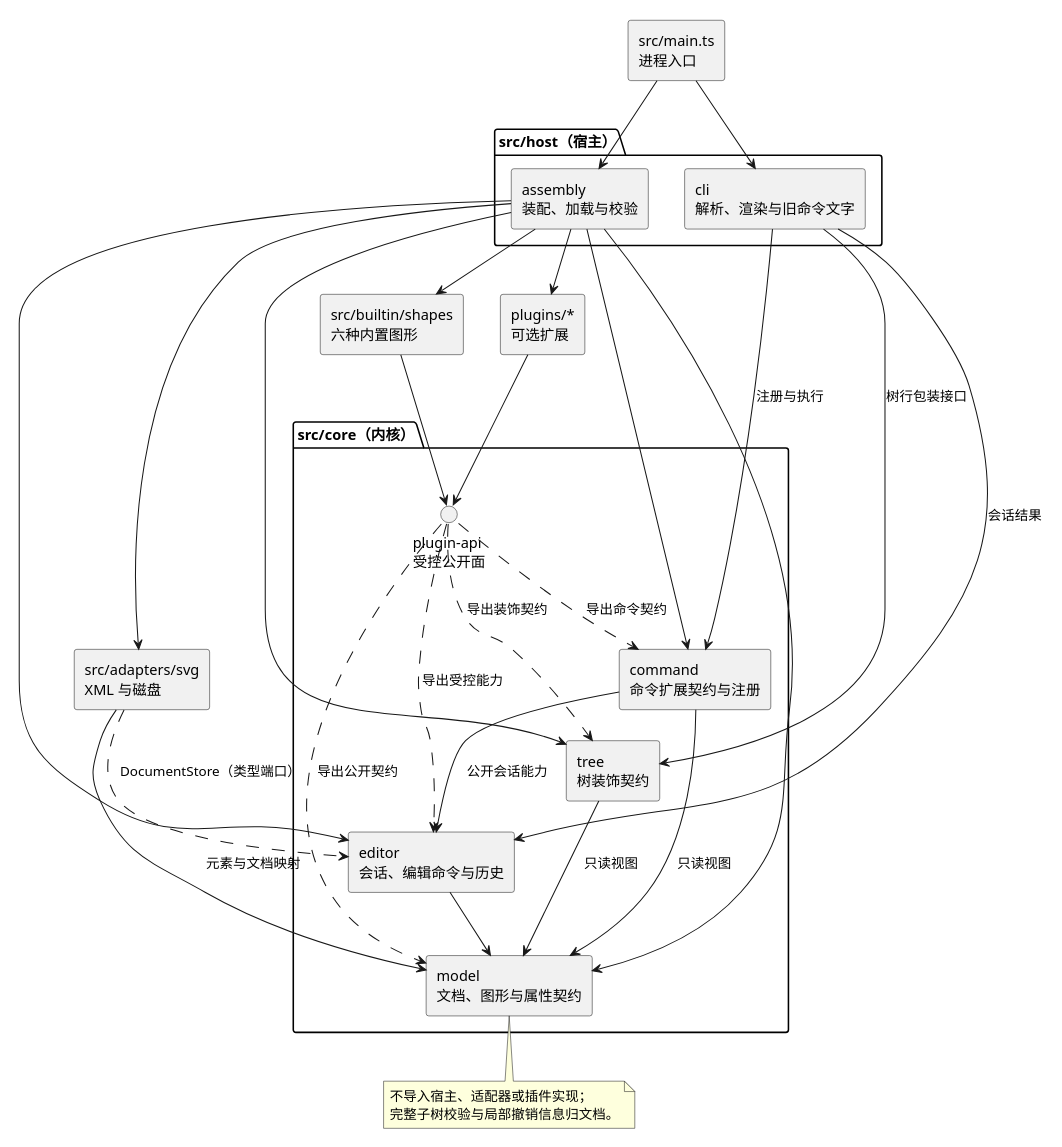
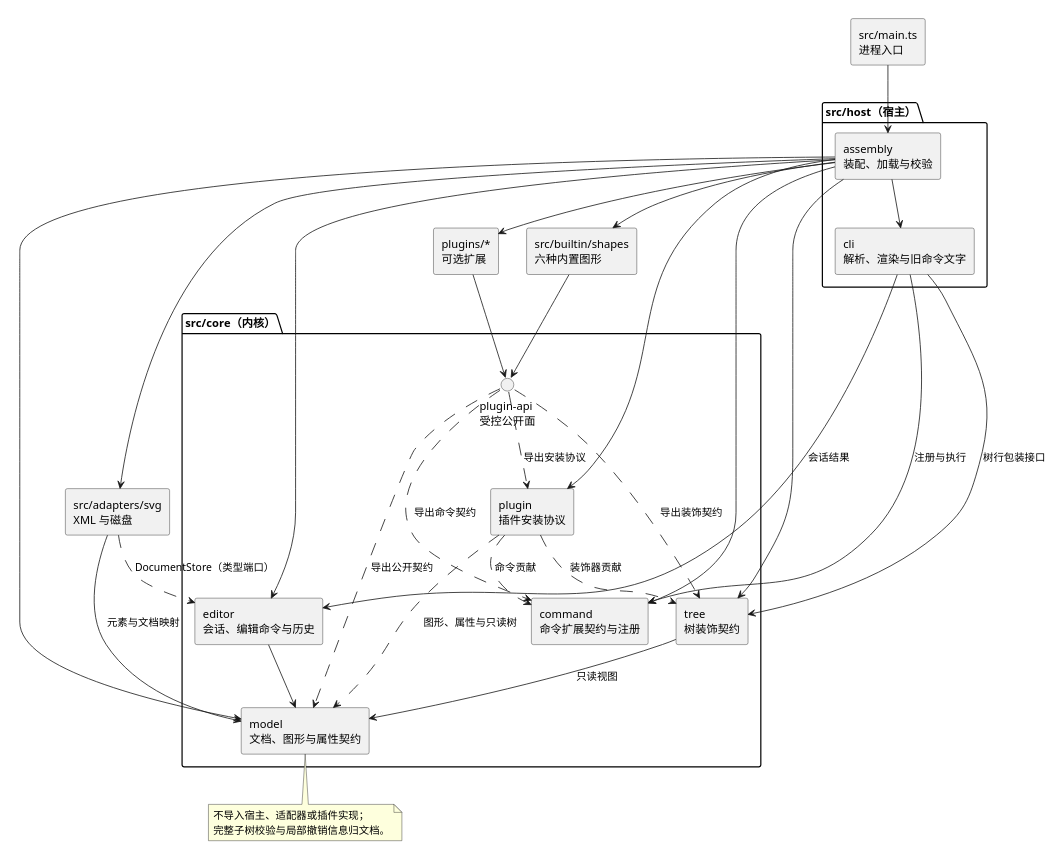
Before and after one commit to Nianle-Li/soft-design-proj: the diagram in doc/phase2/architecture-after.plantuml, drawn with PlantUML. The commit also changed 19 other files, not shown here.

```diff
--- a/doc/phase2/architecture-after.plantuml
+++ b/doc/phase2/architecture-after.plantuml
@@ -1,52 +1,55 @@
 @startuml
 scale 560 width
 skinparam componentStyle rectangle
 
 package "src/core（内核）" {
   component "model\n文档、图形与属性契约" as model
   component "editor\n会话、编辑命令与历史" as editor
   component "command\n命令扩展契约与注册" as command
   component "tree\n树装饰契约" as tree
+  component "plugin\n插件安装协议" as plugin
   interface "plugin-api\n受控公开面" as api
 }
 
 package "src/host（宿主）" {
   component "cli\n解析、渲染与旧命令文字" as cli
   component "assembly\n装配、加载与校验" as assembly
 }
 
 component "src/adapters/svg\nXML 与磁盘" as svg
 component "src/builtin/shapes\n六种内置图形" as builtin
 component "plugins/*\n可选扩展" as plugins
 component "src/main.ts\n进程入口" as main
 
 editor --> model
-command --> editor : 公开会话能力
-command --> model : 只读视图
 tree --> model : 只读视图
+plugin ..> model : 图形、属性与只读树
+plugin ..> command : 命令贡献
+plugin ..> tree : 装饰器贡献
 api ..> model : 导出公开契约
-api ..> editor : 导出受控能力
 api ..> command : 导出命令契约
 api ..> tree : 导出装饰契约
+api ..> plugin : 导出安装协议
 cli --> command : 注册与执行
 cli --> editor : 会话结果
 cli --> tree : 树行包装接口
 svg --> model : 元素与文档映射
 svg ..> editor : DocumentStore（类型端口）
 builtin --> api
 plugins --> api
 assembly --> model
 assembly --> editor
 assembly --> command
 assembly --> tree
+assembly --> plugin
+assembly --> cli
 assembly --> svg
 assembly --> builtin
 assembly --> plugins
-main --> cli
 main --> assembly
 
 note bottom of model
   不导入宿主、适配器或插件实现；
   完整子树校验与局部撤销信息归文档。
 end note
 @enduml
```
